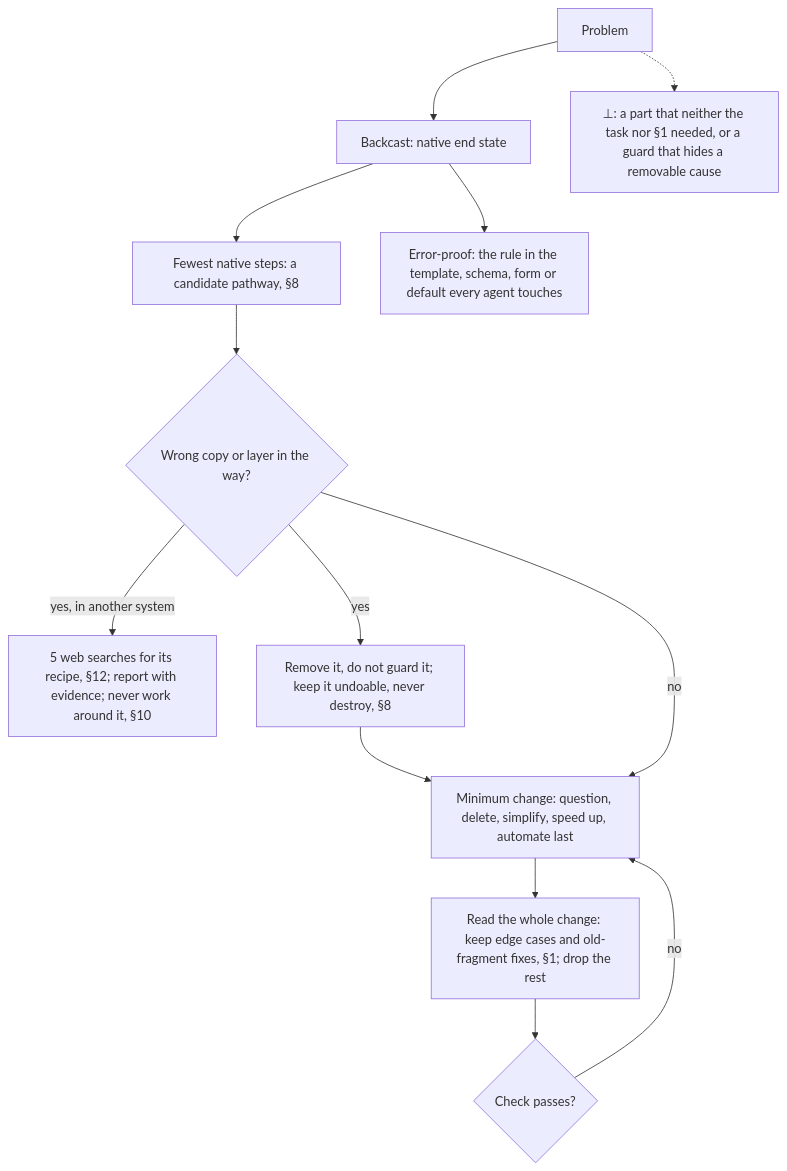
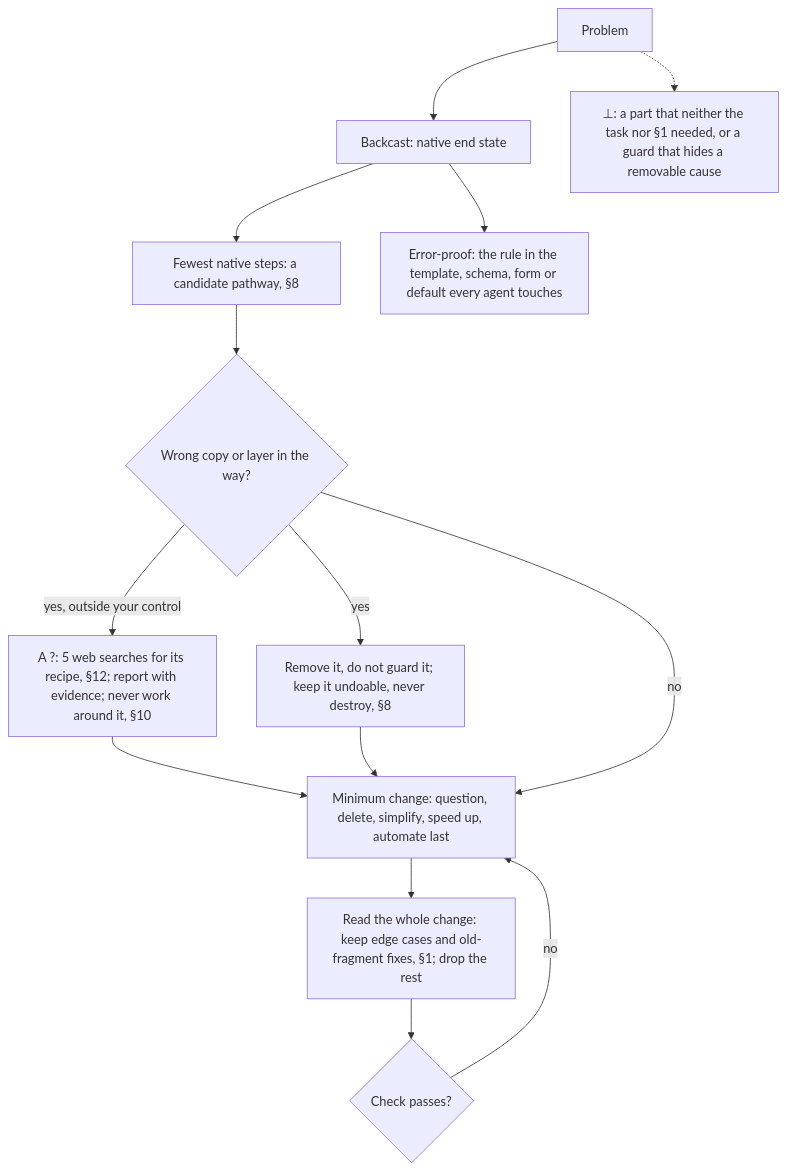
The tenth of 14 diagrams in AGENTS.md (SolenixAI/arbiter), drawn with Mermaid before and after one commit. The commit also changed other lines of this file and 2 other files, not shown here.

````diff
--- a/AGENTS.md
+++ b/AGENTS.md
@@ -470,11 +474,11 @@
 ```mermaid
 flowchart TD
   P[Problem] --> E["Backcast: native end state"] --> N["Fewest native steps: a candidate pathway, §8"]
   E --> RB["Error-proof: the rule in the template, schema, form or default every agent touches"]
   N --> W{Wrong copy or layer in the way?}
-  W -->|yes, in another system| TU["5 web searches for its recipe, §12; report with evidence; never work around it, §10"]
+  W -->|yes, outside your control| TU["A ?: 5 web searches for its recipe, §12; report with evidence; never work around it, §10"] --> M
   W -->|yes| X["Remove it, do not guard it; keep it undoable, never destroy, §8"] --> M
   W -->|no| M["Minimum change: question, delete, simplify, speed up, automate last"] --> D["Read the whole change: keep edge cases and old-fragment fixes, §1; drop the rest"] --> C{Check passes?}
   C -->|no| M
   P -.-> BOT["⊥: a part that neither the task nor §1 needed, or a guard that hides a removable cause"]
 ```
````
